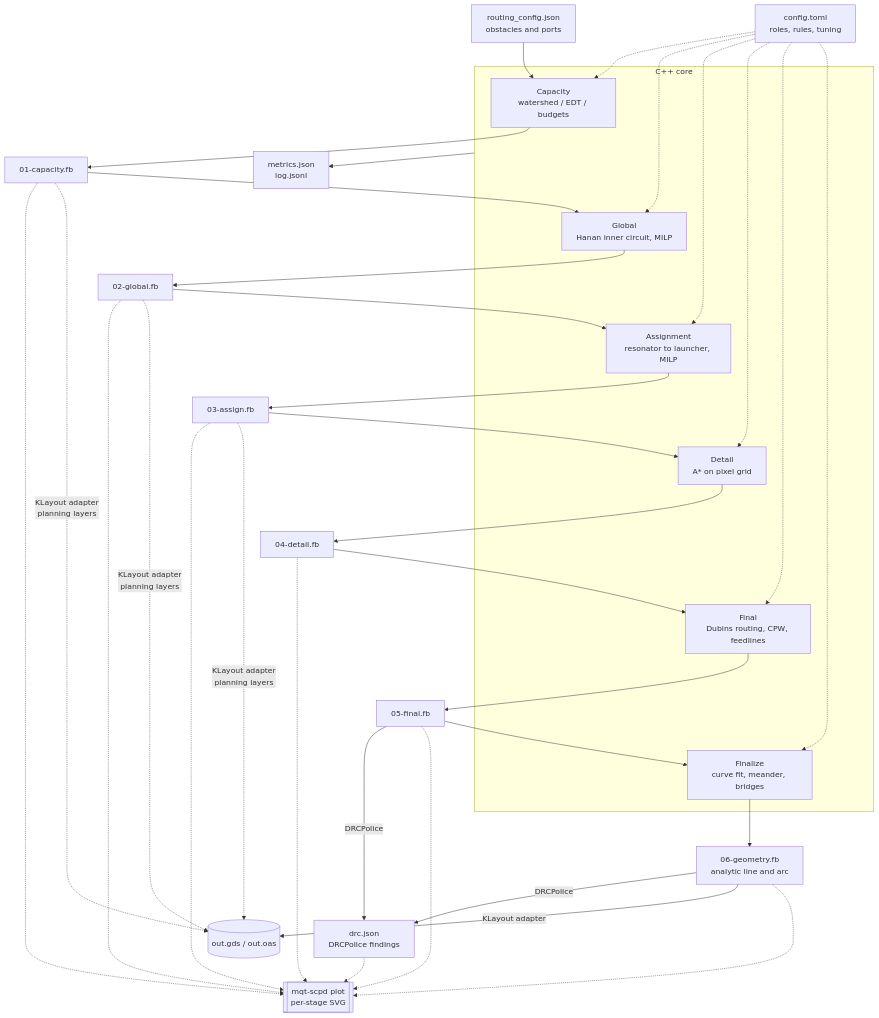
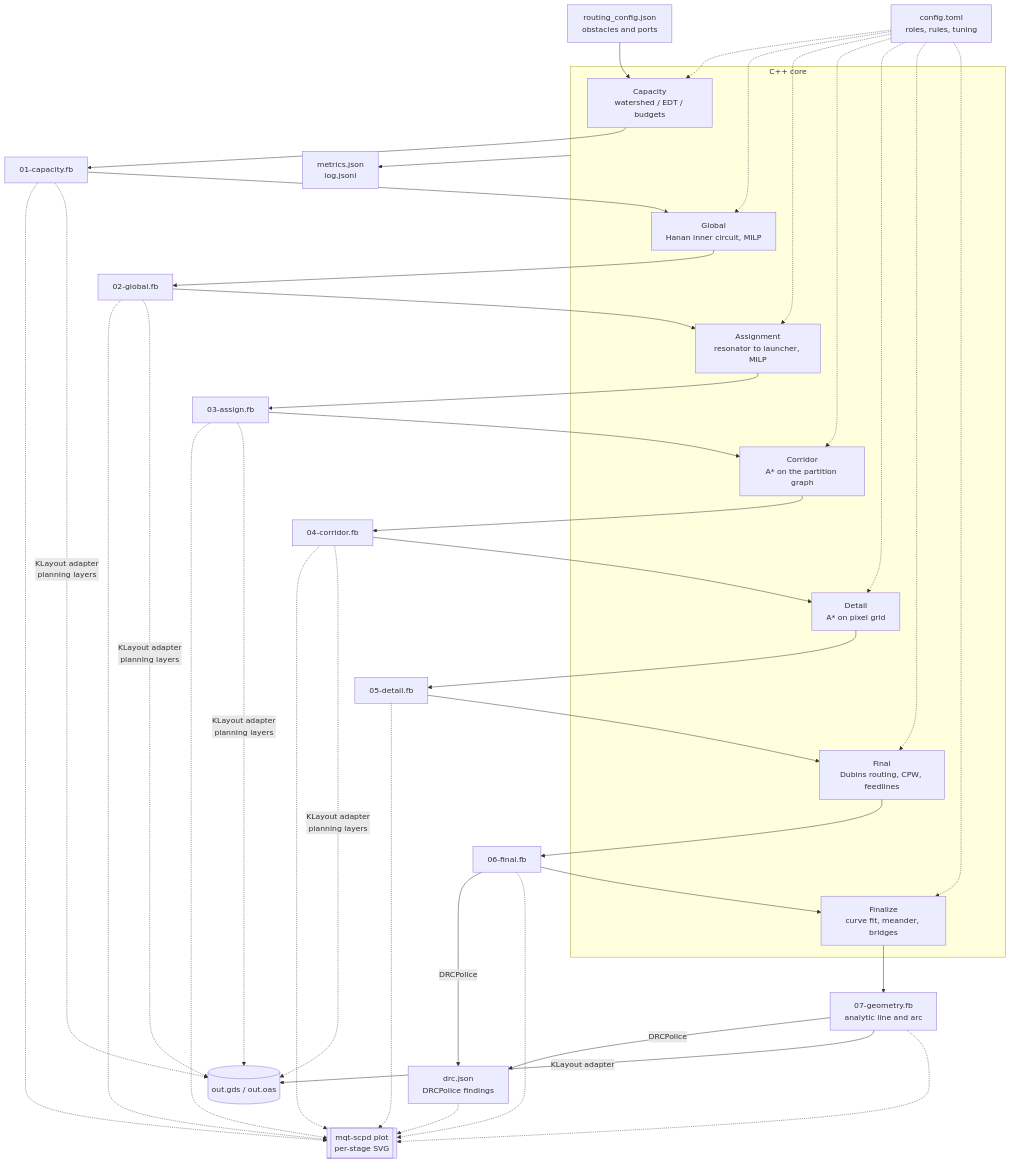
Before and after one commit to munich-quantum-toolkit/scpd: the second of 5 diagrams in ARCHITECTURE.md, drawn with Mermaid. The commit also changed other lines of this file and 52 other files, not shown here.

````diff
--- a/ARCHITECTURE.md
+++ b/ARCHITECTURE.md
@@ -70,35 +70,37 @@
 ```mermaid
 flowchart TD
   chip[routing_config.json<br/>obstacles and ports]
   cfg[config.toml<br/>roles, rules, tuning]
 
   subgraph core["C++ core"]
     cap[Capacity<br/>watershed / EDT / budgets]
     glb[Global<br/>Hanan inner circuit, MILP]
     asg[Assignment<br/>resonator to launcher, MILP]
+    cor[Corridor<br/>A* on the partition graph]
     det[Detail<br/>A* on pixel grid]
     fin[Final<br/>Dubins routing, CPW, feedlines]
     geo[Finalize<br/>curve fit, meander, bridges]
   end
 
   a1[01-capacity.fb]
   a2[02-global.fb]
   a3[03-assign.fb]
-  a4[04-detail.fb]
-  a5[05-final.fb]
-  a6[06-geometry.fb<br/>analytic line and arc]
+  a4[04-corridor.fb]
+  a5[05-detail.fb]
+  a6[06-final.fb]
+  a7[07-geometry.fb<br/>analytic line and arc]
   met[metrics.json<br/>log.jsonl]
   drc[drc.json<br/>DRCPolice findings]
   gds[(out.gds / out.oas)]
 
   svg[["mqt-scpd plot<br/>per-stage SVG"]]
 
-  chip --> cap --> a1 --> glb --> a2 --> asg --> a3 --> det --> a4 --> fin --> a5 --> geo --> a6
-  cfg -.-> cap & glb & asg & det & fin & geo
+  chip --> cap --> a1 --> glb --> a2 --> asg --> a3 --> cor --> a4 --> det --> a5 --> fin --> a6 --> geo --> a7
+  cfg -.-> cap & glb & asg & cor & det & fin & geo
   core --> met
-  a5 & a6 -->|DRCPolice| drc
-  a6 -->|KLayout adapter| gds
-  a1 & a2 & a3 & a4 & a5 & a6 -.-> svg
-  a1 & a2 & a3 -.->|KLayout adapter<br/>planning layers| gds
+  a6 & a7 -->|DRCPolice| drc
+  a7 -->|KLayout adapter| gds
+  a1 & a2 & a3 & a4 & a5 & a6 & a7 -.-> svg
+  a1 & a2 & a3 & a4 -.->|KLayout adapter<br/>planning layers| gds
   drc -.-> svg
 ```
````
